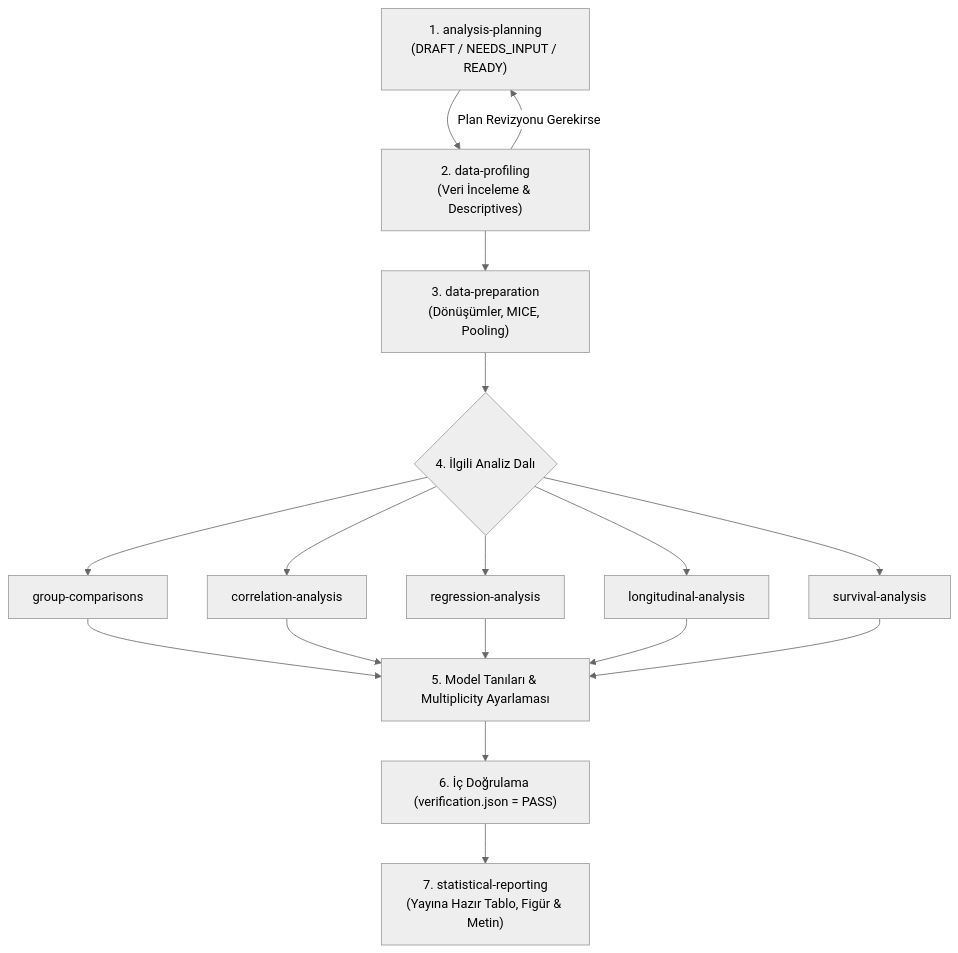
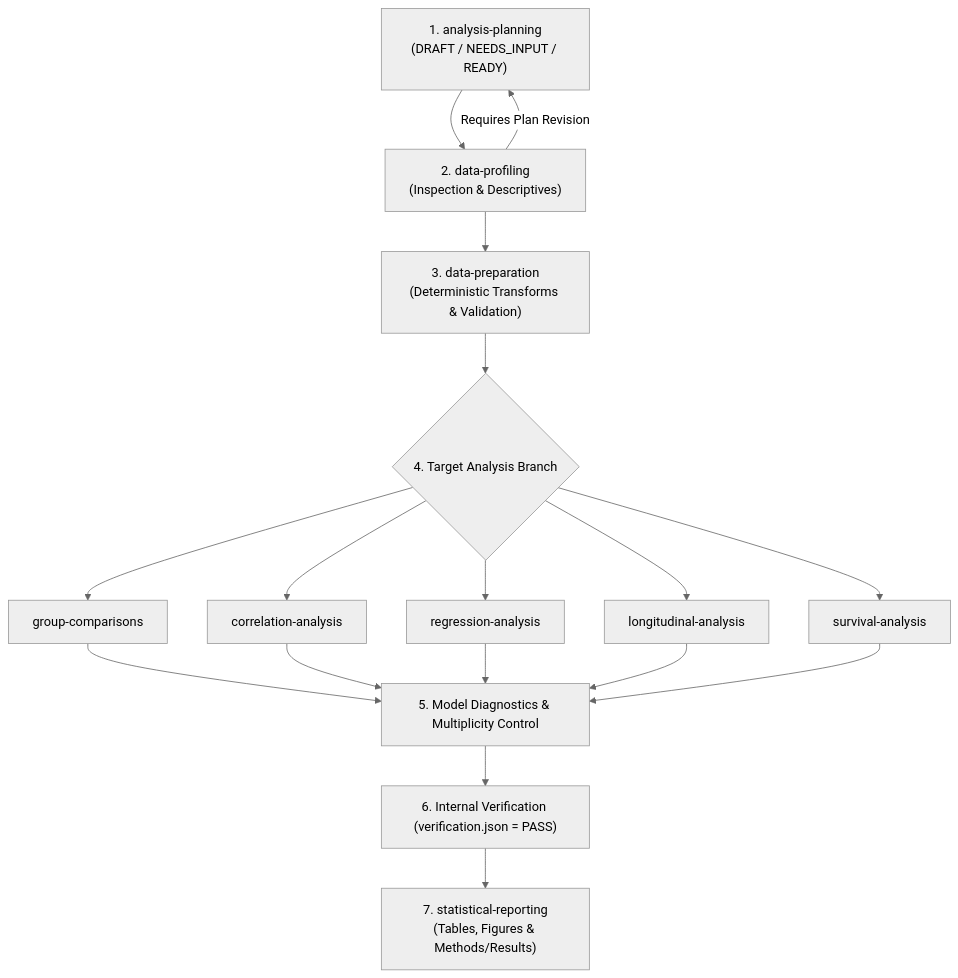
One commit to mervekasikci/biostatistics-agent-skills changed the diagram in README.md. Above: the diagram before and after it, drawn with Mermaid (neutral theme). The commit also changed other lines of this file and 9 other files, not shown here.

Commit message:
Revise skills and docs: English translations, remove MICE/pooling from data-preparation, remove ZIP/hurdle from regression-analysis

````diff
--- a/README.md
+++ b/README.md
@@ -82,15 +82,15 @@
 ```mermaid
 flowchart TD
-    A["1. analysis-planning<br/>(DRAFT / NEEDS_INPUT / READY)"] --> B["2. data-profiling<br/>(Veri İnceleme & Descriptives)"]
-    B -->|Plan Revizyonu Gerekirse| A
-    B --> C["3. data-preparation<br/>(Dönüşümler, MICE, Pooling)"]
-    C --> D{"4. İlgili Analiz Dalı"}
+    A["1. analysis-planning<br/>(DRAFT / NEEDS_INPUT / READY)"] --> B["2. data-profiling<br/>(Inspection & Descriptives)"]
+    B -->|Requires Plan Revision| A
+    B --> C["3. data-preparation<br/>(Deterministic Transforms & Validation)"]
+    C --> D{"4. Target Analysis Branch"}
     D --> D1["group-comparisons"]
     D --> D2["correlation-analysis"]
     D --> D3["regression-analysis"]
     D --> D4["longitudinal-analysis"]
     D --> D5["survival-analysis"]
-    D1 & D2 & D3 & D4 & D5 --> E["5. Model Tanıları & Multiplicity Ayarlaması"]
-    E --> F["6. İç Doğrulama (verification.json = PASS)"]
-    F --> G["7. statistical-reporting<br/>(Yayına Hazır Tablo, Figür & Metin)"]
+    D1 & D2 & D3 & D4 & D5 --> E["5. Model Diagnostics & Multiplicity Control"]
+    E --> F["6. Internal Verification (verification.json = PASS)"]
+    F --> G["7. statistical-reporting<br/>(Tables, Figures & Methods/Results)"]
 ```
````
